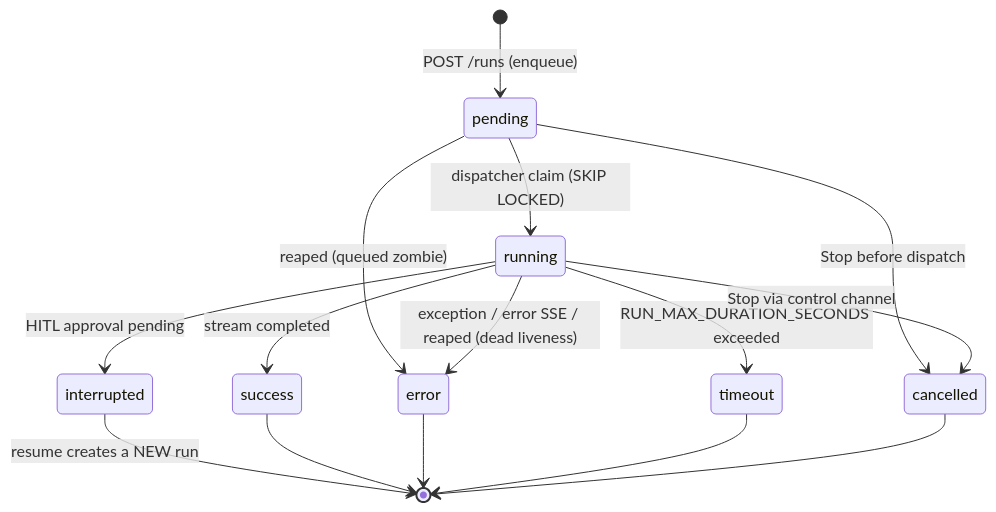
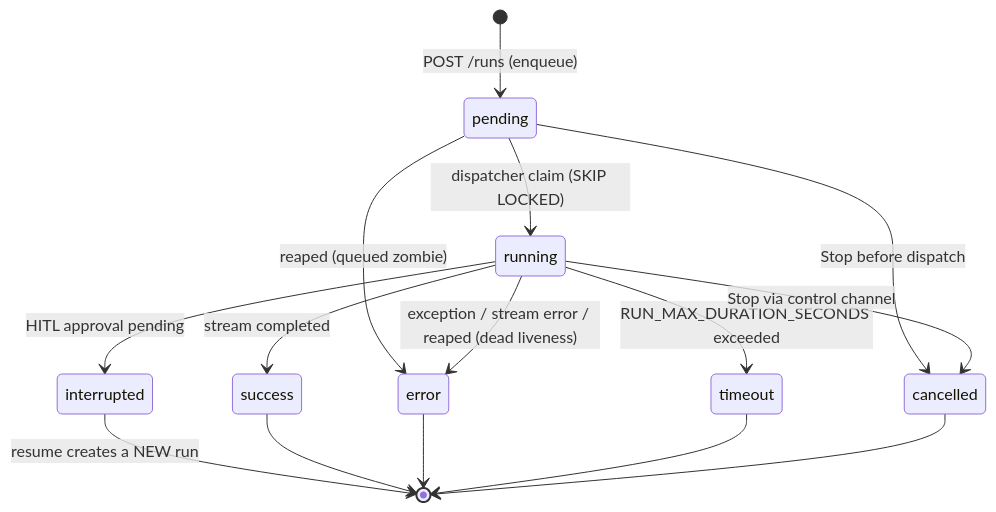
One commit to keurcien/auxilia changed the diagram in backend/app/agents/runs/SPEC.md. Above: the diagram before and after it, drawn with Mermaid. The commit also changed other lines of this file and 47 other files, not shown here.

````diff
--- a/backend/app/agents/runs/SPEC.md
+++ b/backend/app/agents/runs/SPEC.md
@@ -77,17 +77,17 @@
 ```mermaid
 stateDiagram-v2
     [*] --> pending: POST /runs (enqueue)
     pending --> running: dispatcher claim (SKIP LOCKED)
     pending --> cancelled: Stop before dispatch
     pending --> error: reaped (queued zombie)
     running --> success: stream completed
     running --> interrupted: HITL approval pending
-    running --> error: exception / error SSE / reaped (dead liveness)
+    running --> error: exception / stream error / reaped (dead liveness)
     running --> timeout: RUN_MAX_DURATION_SECONDS exceeded
     running --> cancelled: Stop via control channel
     interrupted --> [*]: resume creates a NEW run
     success --> [*]
     error --> [*]
     timeout --> [*]
     cancelled --> [*]
 ```
````
